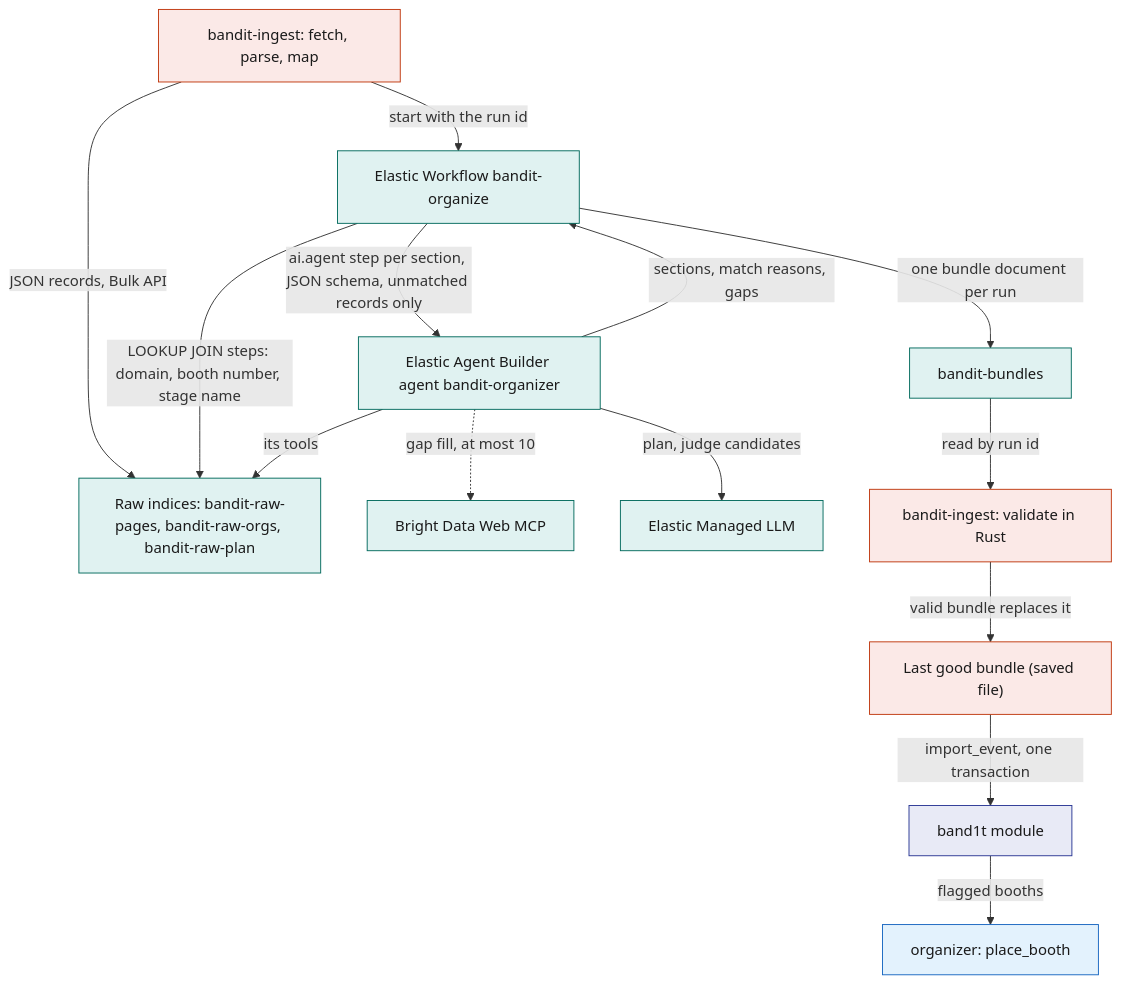
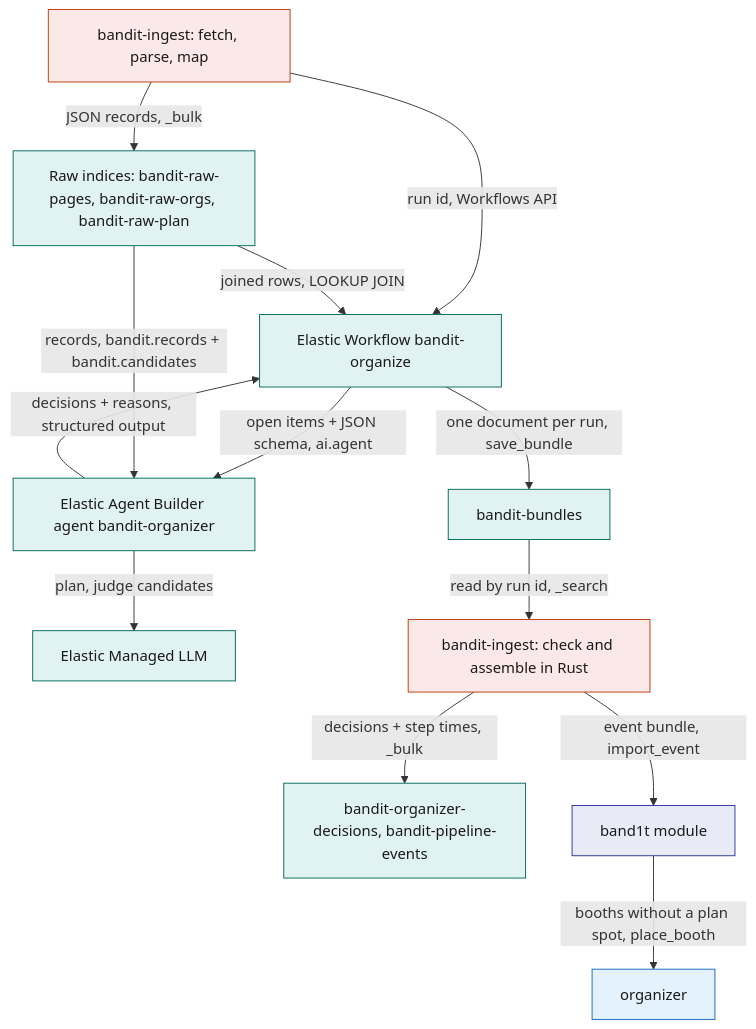
Before and after one commit to viktorinkov/cal-hacks-13: the third of 7 diagrams in System Design/7-integrations/Elastic.md, drawn with Mermaid. The commit also changed other lines of this file and 4 other files, not shown here.

````diff
--- a/System Design/7-integrations/Elastic.md
+++ b/System Design/7-integrations/Elastic.md
@@ -115,24 +345,23 @@
 ```mermaid
 flowchart TB
-  ING["bandit-ingest: fetch, parse, map"] -->|"JSON records, Bulk API"| RAW["Raw indices: bandit-raw-pages, bandit-raw-orgs, bandit-raw-plan"]
-  ING -->|"start with the run id"| WF["Elastic Workflow bandit-organize"]
-  WF -->|"LOOKUP JOIN steps: domain, booth number, stage name"| RAW
-  WF -->|"ai.agent step per section, JSON schema, unmatched records only"| AG["Elastic Agent Builder agent bandit-organizer"]
-  AG -->|"its tools"| RAW
-  AG -.->|"gap fill, at most 10"| BDM["Bright Data Web MCP"]
+  ING["bandit-ingest: fetch, parse, map"] -->|"JSON records, _bulk"| RAW["Raw indices: bandit-raw-pages, bandit-raw-orgs, bandit-raw-plan"]
+  ING -->|"run id, Workflows API"| WF["Elastic Workflow bandit-organize"]
+  RAW -->|"joined rows, LOOKUP JOIN"| WF
+  WF -->|"open items + JSON schema, ai.agent"| AG["Elastic Agent Builder agent bandit-organizer"]
+  RAW -->|"records, bandit.records + bandit.candidates"| AG
   AG -->|"plan, judge candidates"| LLM["Elastic Managed LLM"]
-  AG -->|"sections, match reasons, gaps"| WF
-  WF -->|"one bundle document per run"| BUN["bandit-bundles"]
-  BUN -->|"read by run id"| VAL["bandit-ingest: validate in Rust"]
-  VAL -->|"valid bundle replaces it"| GOOD["Last good bundle (saved file)"]
-  GOOD -->|"import_event, one transaction"| STDB["band1t module"]
-  STDB -->|"flagged booths"| FIX["organizer: place_booth"]
+  AG -->|"decisions + reasons, structured output"| WF
+  WF -->|"one document per run, save_bundle"| BUN["bandit-bundles"]
+  BUN -->|"read by run id, _search"| VAL["bandit-ingest: check and assemble in Rust"]
+  VAL -->|"decisions + step times, _bulk"| LOGS["bandit-organizer-decisions, bandit-pipeline-events"]
+  VAL -->|"event bundle, import_event"| STDB["band1t module"]
+  STDB -->|"booths without a plan spot, place_booth"| FIX["organizer"]
   classDef rust fill:#FBE9E7,stroke:#BF360C,color:#1A1A1A
   classDef stdb fill:#E8EAF6,stroke:#283593,color:#1A1A1A
   classDef web fill:#E3F2FD,stroke:#1565C0,color:#1A1A1A
   classDef ext fill:#E0F2F1,stroke:#00695C,color:#1A1A1A
-  class ING,VAL,GOOD rust
+  class ING,VAL rust
   class STDB stdb
   class FIX web
-  class RAW,WF,AG,LLM,BUN,BDM ext
+  class RAW,WF,AG,LLM,BUN,LOGS ext
 ```
````
